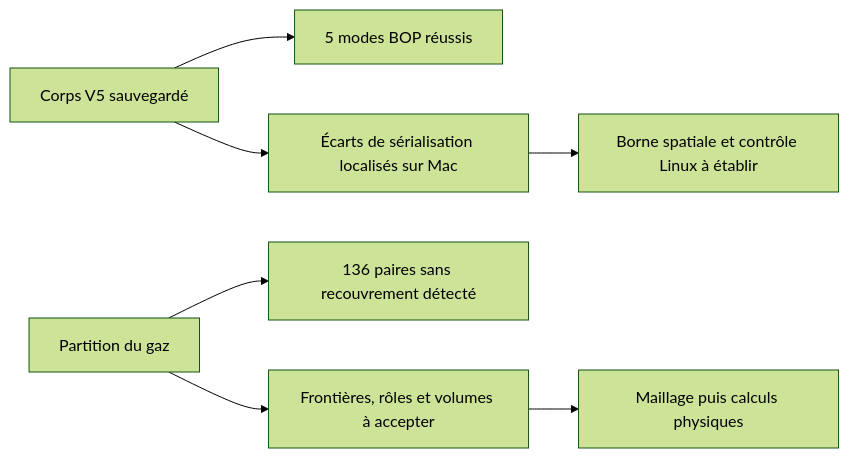
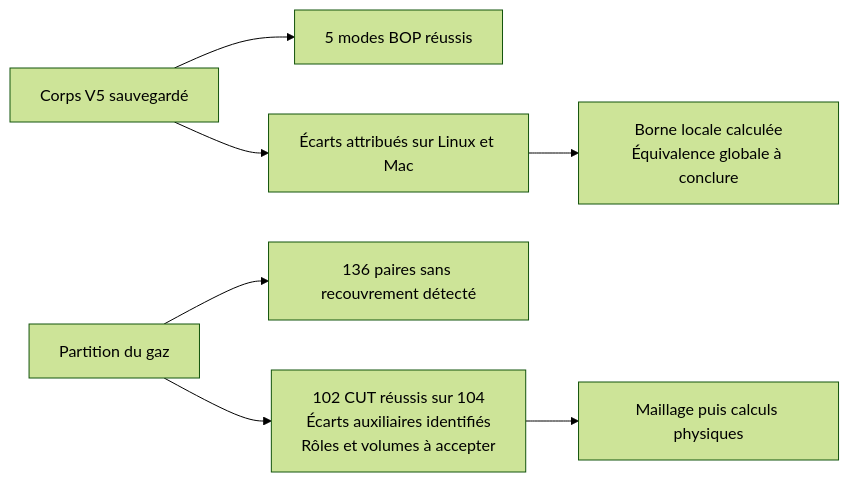
One commit to cluster2600/porscheparts changed the diagram in docs/M64_GEOMETRY_CHECKPOINT_20260908.md. Above: the diagram before and after it, drawn with Mermaid (forest theme). The commit also changed other lines of this file and 1 other file, not shown here.

Commit message:
docs(m64): attribute Linux and boundary representation differences

````diff
--- a/docs/M64_GEOMETRY_CHECKPOINT_20260908.md
+++ b/docs/M64_GEOMETRY_CHECKPOINT_20260908.md
@@ -313,9 +448,9 @@
 ```mermaid
 flowchart LR
     A[Corps V5 sauvegardé] --> B[5 modes BOP réussis]
-    A --> C[Écarts de sérialisation localisés sur Mac]
-    C --> D[Borne spatiale et contrôle Linux à établir]
+    A --> C[Écarts attribués sur Linux et Mac]
+    C --> D[Borne locale calculée<br/>Équivalence globale à conclure]
     E[Partition du gaz] --> F[136 paires sans recouvrement détecté]
-    E --> G[Frontières, rôles et volumes à accepter]
+    E --> G[102 CUT réussis sur 104<br/>Écarts auxiliaires identifiés<br/>Rôles et volumes à accepter]
     G --> H[Maillage puis calculs physiques]
 ```
````
